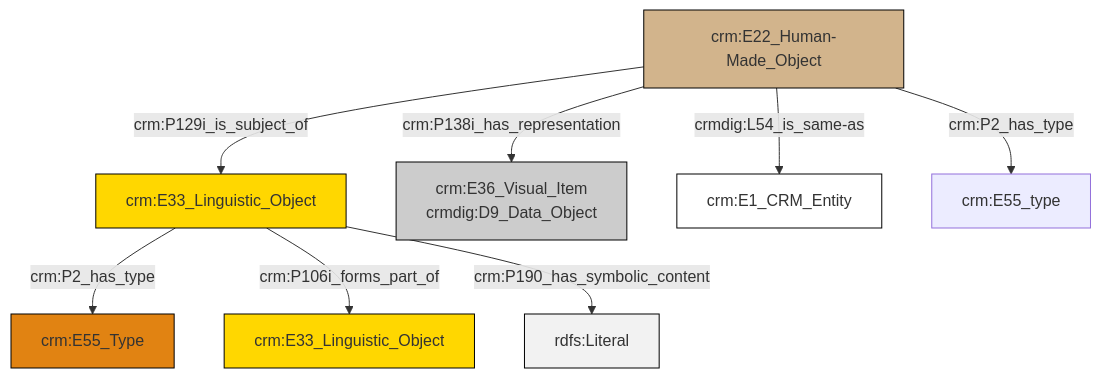
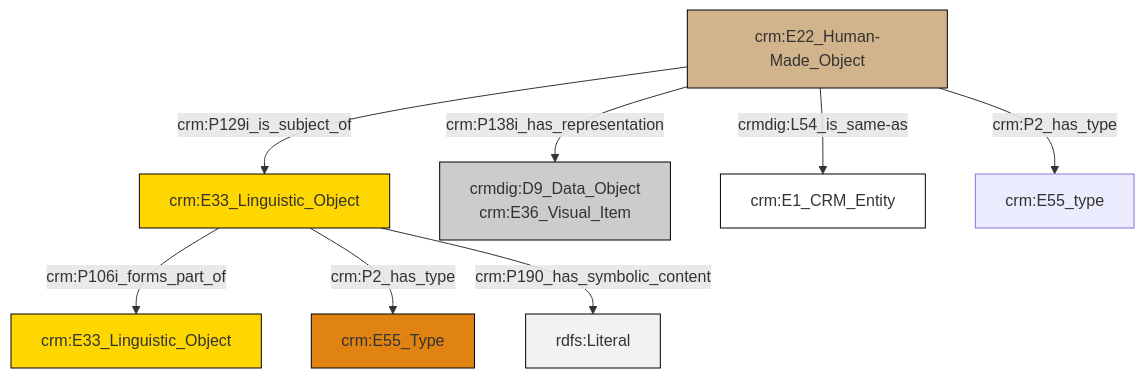
Before and after one commit to swiss-art-research-net/reference-data-models: the diagram in et/artworkCSV/ttl/mmd/Artwork_Documentation.ttl.mmd, drawn with Mermaid. The commit also changed 128 other files, not shown here.

```diff
--- a/et/artworkCSV/ttl/mmd/Artwork_Documentation.ttl.mmd
+++ b/et/artworkCSV/ttl/mmd/Artwork_Documentation.ttl.mmd
@@ -1,22 +1,22 @@
 graph TD
 classDef Literal fill:#f2f2f2,stroke:#000000;
 classDef CRM_Entity fill:#FFFFFF,stroke:#000000;
 classDef Temporal_Entity fill:#00C9E6, stroke:#000000;
 classDef Type fill:#E18312, stroke:#000000;
 classDef Time-Span fill:#2C9C91, stroke:#000000;
 classDef Appellation fill:#FFEB7F, stroke:#000000;
 classDef Place fill:#008836, stroke:#000000;
 classDef Persistent_Item fill:#B266B2, stroke:#000000;
 classDef Conceptual_Object fill:#FFD700, stroke:#000000;
 classDef Physical_Thing fill:#D2B48C, stroke:#000000;
 classDef Actor fill:#f58aad, stroke:#000000;
 classDef PC_Classes fill:#4ce600, stroke:#000000;
 classDef Multi fill:#cccccc,stroke:#000000;
 
-2["crm:E33_Linguistic_Object"]:::Conceptual_Object -->|crm:P2_has_type| 0["crm:E55_Type"]:::Type
-2["crm:E33_Linguistic_Object"]:::Conceptual_Object -->|crm:P106i_forms_part_of| 3["crm:E33_Linguistic_Object"]:::Conceptual_Object
-4["crm:E22_Human-Made_Object"]:::Physical_Thing -->|crm:P138i_has_representation| 6["crm:E36_Visual_Item<br>crmdig:D9_Data_Object"]:::Multi
-4["crm:E22_Human-Made_Object"]:::Physical_Thing -->|crm:P129i_is_subject_of| 2["crm:E33_Linguistic_Object"]:::Conceptual_Object
-4["crm:E22_Human-Made_Object"]:::Physical_Thing -->|crm:P2_has_type| 13["crm:E55_type"]:::Default
-4["crm:E22_Human-Made_Object"]:::Physical_Thing -->|crmdig:L54_is_same-as| 10["crm:E1_CRM_Entity"]:::CRM_Entity
-2["crm:E33_Linguistic_Object"]:::Conceptual_Object -->|crm:P190_has_symbolic_content| 14[rdfs:Literal]:::Literal
+0["crm:E22_Human-Made_Object"]:::Physical_Thing -->|crm:P129i_is_subject_of| 1["crm:E33_Linguistic_Object"]:::Conceptual_Object
+1["crm:E33_Linguistic_Object"]:::Conceptual_Object -->|crm:P106i_forms_part_of| 5["crm:E33_Linguistic_Object"]:::Conceptual_Object
+1["crm:E33_Linguistic_Object"]:::Conceptual_Object -->|crm:P2_has_type| 2["crm:E55_Type"]:::Type
+0["crm:E22_Human-Made_Object"]:::Physical_Thing -->|crm:P138i_has_representation| 6["crmdig:D9_Data_Object<br>crm:E36_Visual_Item"]:::Multi
+0["crm:E22_Human-Made_Object"]:::Physical_Thing -->|crmdig:L54_is_same-as| 8["crm:E1_CRM_Entity"]:::CRM_Entity
+1["crm:E33_Linguistic_Object"]:::Conceptual_Object -->|crm:P190_has_symbolic_content| 9[rdfs:Literal]:::Literal
+0["crm:E22_Human-Made_Object"]:::Physical_Thing -->|crm:P2_has_type| 13["crm:E55_type"]:::Default
```
